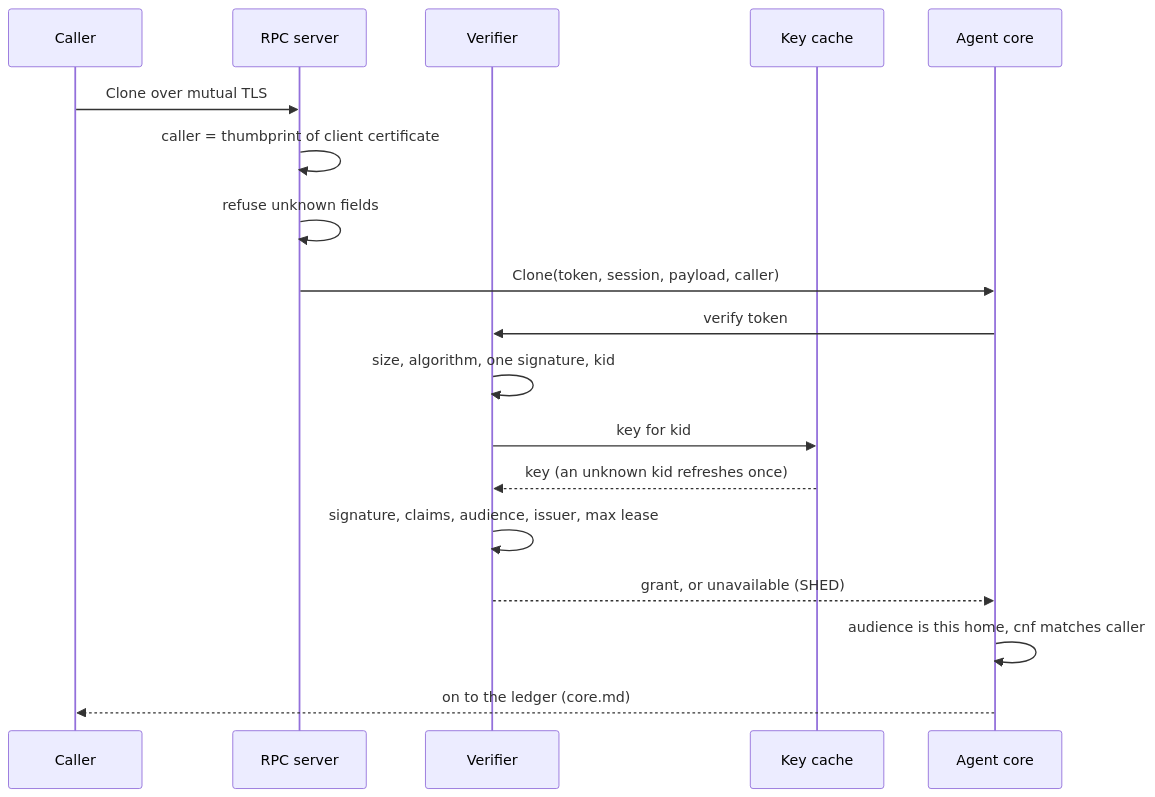
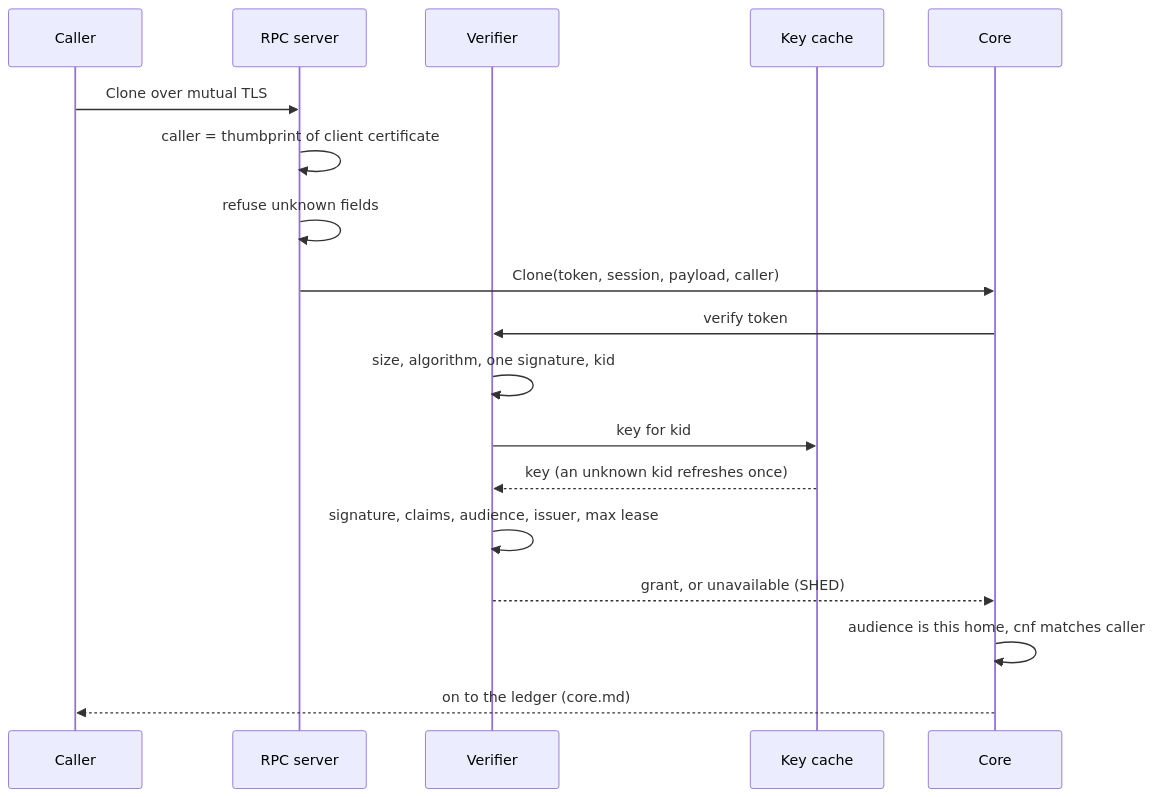
One commit to helayoty/fiberd changed the diagram in docs/design/grant.md. Above: the diagram before and after it, drawn with Mermaid. The commit also changed other lines of this file and 286 other files, not shown here.

````diff
--- a/docs/design/grant.md
+++ b/docs/design/grant.md
@@ -11,20 +11,20 @@
 ```mermaid
 sequenceDiagram
   participant C as Caller
   participant S as RPC server
   participant V as Verifier
   participant K as Key cache
-  participant A as Agent core
+  participant A as Core
   C->>S: Clone over mutual TLS
   S->>S: caller = thumbprint of client certificate
   S->>S: refuse unknown fields
   S->>A: Clone(token, session, payload, caller)
   A->>V: verify token
   V->>V: size, algorithm, one signature, kid
   V->>K: key for kid
   K-->>V: key (an unknown kid refreshes once)
   V->>V: signature, claims, audience, issuer, max lease
   V-->>A: grant, or unavailable (SHED)
   A->>A: audience is this home, cnf matches caller
   A-->>C: on to the ledger (core.md)
 ```
````
